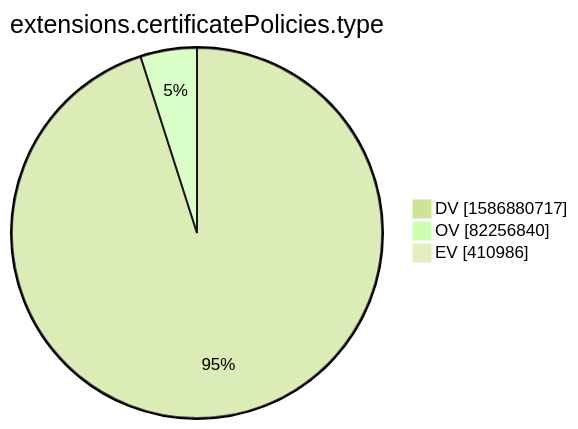
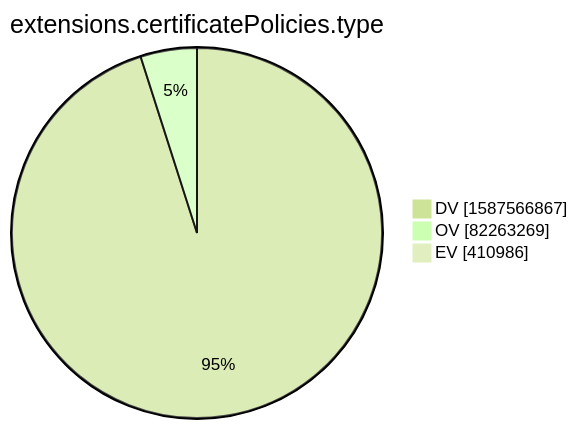
The tenth of 15 diagrams in xenon2022/README.md (christiankrug/ctmonitor_visualization), drawn with Mermaid (forest theme) before and after one commit. The commit also changed other lines of this file, not shown here.

````diff
--- a/xenon2022/README.md
+++ b/xenon2022/README.md
@@ -2878,7 +2878,7 @@
 ```mermaid
 pie showData
 title extensions.certificatePolicies.type
-"DV" :1586880717
-"OV" :82256840
+"DV" :1587566867
+"OV" :82263269
 "EV" :410986
 ```
````
